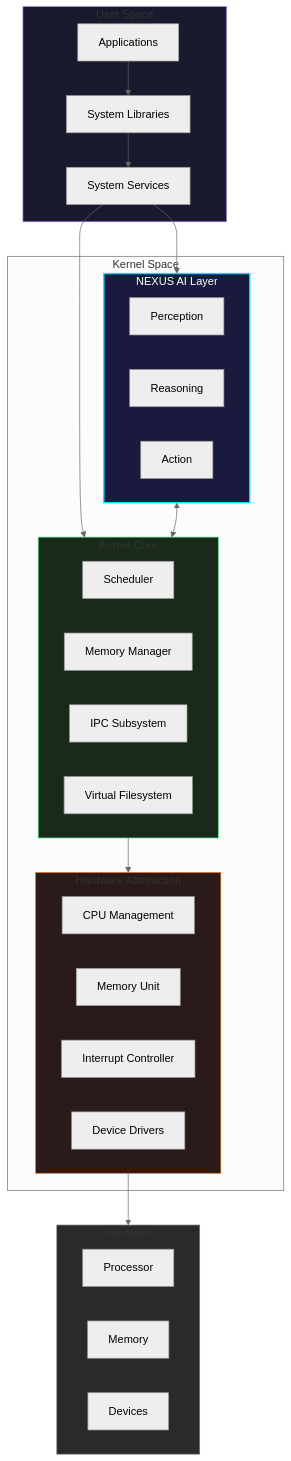
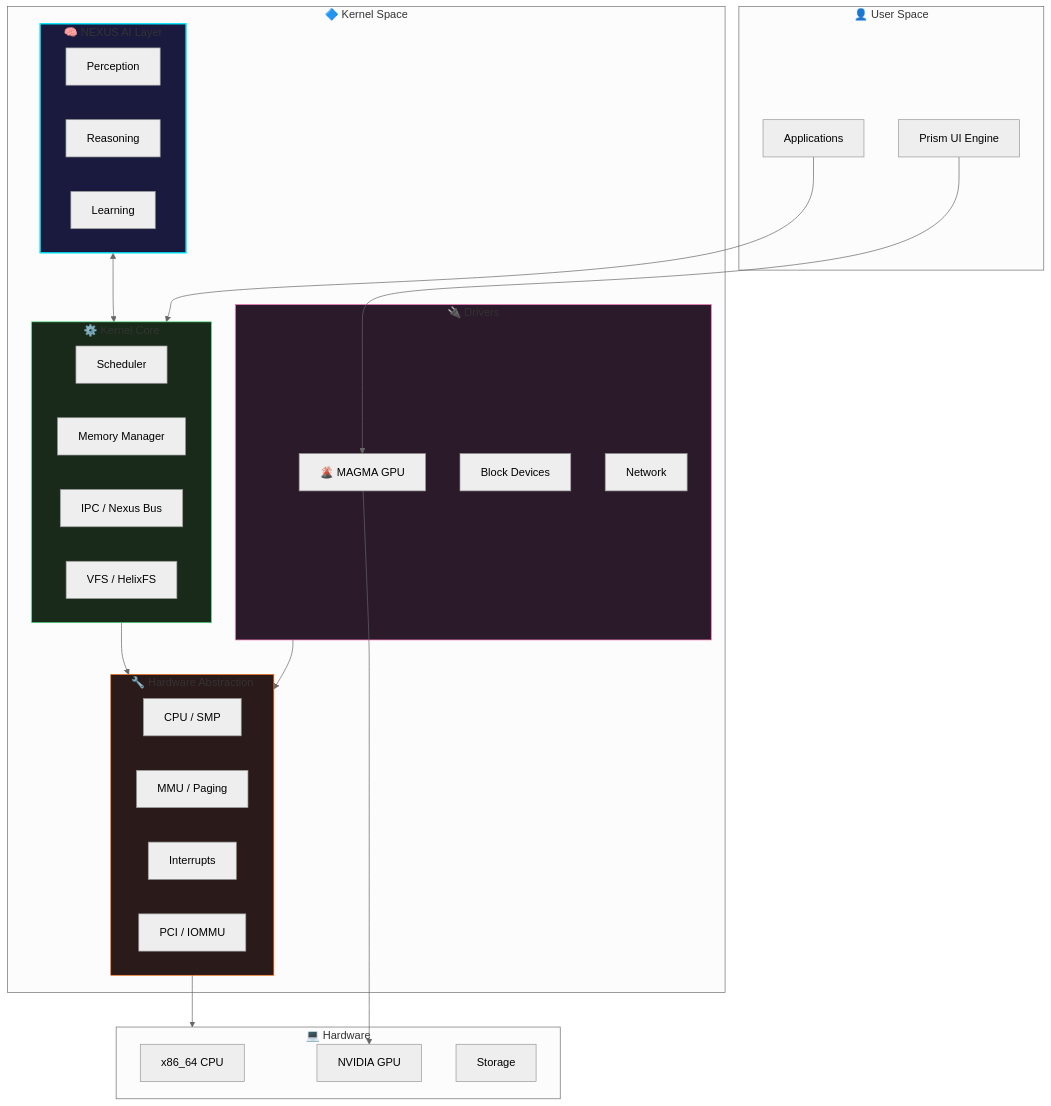
One commit to HelixOS-Org/helix changed the first of 4 diagrams in README.md. Above: the diagram before and after it, drawn with Mermaid (neutral theme). The commit also changed other lines of this file, not shown here.

Commit message:
feat: update README to reflect new project vision and architecture details

````diff
--- a/README.md
+++ b/README.md
@@ -146,49 +77,54 @@
 ```mermaid
 flowchart TB
-    subgraph USER["User Space"]
+    subgraph USER["👤 User Space"]
         APP["Applications"]
-        LIB["System Libraries"]
-        SVC["System Services"]
+        PRISM["Prism UI Engine"]
     end
 
-    subgraph KERNEL["Kernel Space"]
-        subgraph NEXUS_LAYER["NEXUS AI Layer"]
+    subgraph KERNEL["🔷 Kernel Space"]
+        subgraph NEXUS["🧠 NEXUS AI Layer"]
             SENSE["Perception"]
             REASON["Reasoning"]
-            ACT["Action"]
+            LEARN["Learning"]
         end
 
-        subgraph CORE["Kernel Core"]
+        subgraph CORE["⚙️ Kernel Core"]
             SCHED["Scheduler"]
             MEM["Memory Manager"]
-            IPC["IPC Subsystem"]
-            VFS["Virtual Filesystem"]
+            IPC["IPC / Nexus Bus"]
+            VFS["VFS / HelixFS"]
         end
 
-        subgraph HAL["Hardware Abstraction"]
-            CPU["CPU Management"]
-            MMU["Memory Unit"]
-            INT["Interrupt Controller"]
-            DRV["Device Drivers"]
+        subgraph DRIVERS["🔌 Drivers"]
+            MAGMA["🌋 MAGMA GPU"]
+            BLOCK["Block Devices"]
+            NET["Network"]
+        end
+
+        subgraph HAL["🔧 Hardware Abstraction"]
+            CPU["CPU / SMP"]
+            MMU["MMU / Paging"]
+            IRQ["Interrupts"]
+            PCI["PCI / IOMMU"]
         end
     end
 
-    subgraph HW["Hardware"]
-        PROC["Processor"]
-        RAM["Memory"]
-        DEV["Devices"]
+    subgraph HW["💻 Hardware"]
+        PROC["x86_64 CPU"]
+        GPU["NVIDIA GPU"]
+        DISK["Storage"]
     end
 
-    APP --> LIB --> SVC
-    SVC --> NEXUS_LAYER
-    SVC --> CORE
-    NEXUS_LAYER <--> CORE
+    APP --> CORE
+    PRISM --> MAGMA
+    NEXUS <--> CORE
     CORE --> HAL
+    DRIVERS --> HAL
     HAL --> HW
+    MAGMA --> GPU
 
-    style NEXUS_LAYER fill:#1a1a3e,stroke:#00e5ff,stroke-width:2px,color:#fff
+    style NEXUS fill:#1a1a3e,stroke:#00e5ff,stroke-width:2px
     style CORE fill:#1a2a1a,stroke:#4ade80,stroke-width:1px
+    style DRIVERS fill:#2a1a2a,stroke:#f472b6,stroke-width:1px
     style HAL fill:#2a1a1a,stroke:#f97316,stroke-width:1px
-    style USER fill:#1a1a2e,stroke:#a78bfa,stroke-width:1px
-    style HW fill:#2a2a2a,stroke:#6b7280,stroke-width:1px
 ```
````
